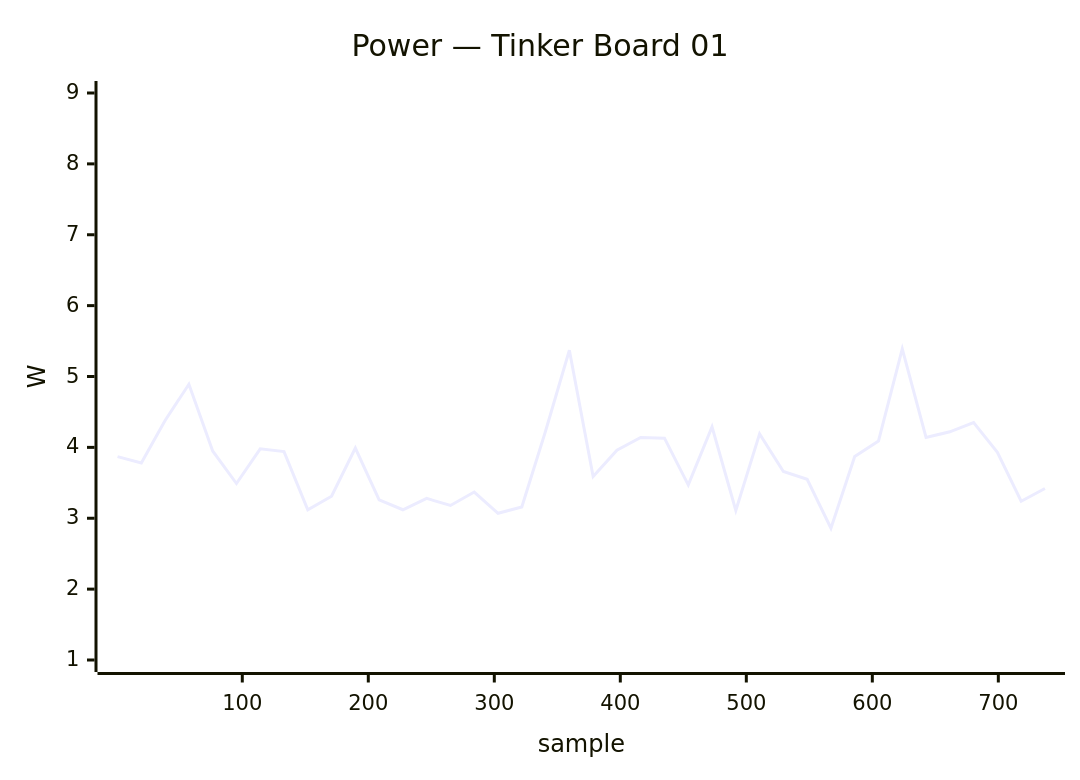
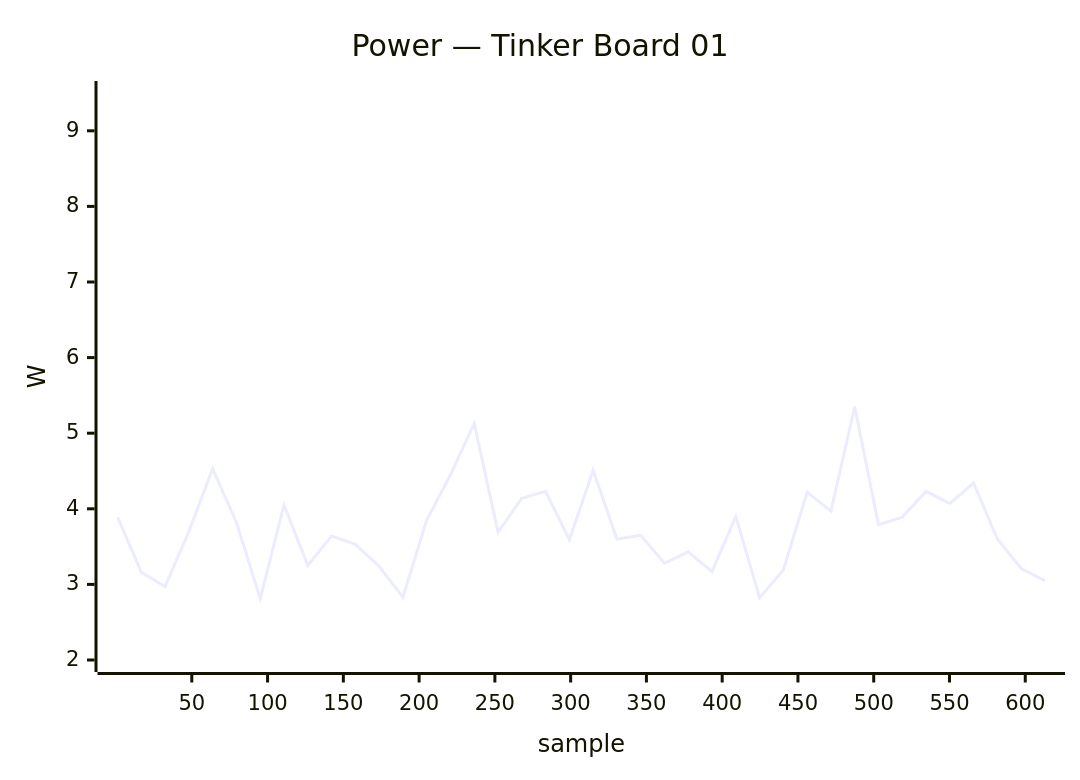
Diagram 16 of 34 in docs/status/board-tests.md (armbian/documentation), drawn with Mermaid before and after one commit. The commit also changed other lines of this file, not shown here.

````diff
--- a/docs/status/board-tests.md
+++ b/docs/status/board-tests.md
@@ -800,7 +773,7 @@
 ```mermaid
 xychart-beta
     title "Power — Tinker Board 01"
-    x-axis "sample" 1 --> 737
-    y-axis "W" 1.0 --> 9.0
-    line [3.87, 3.78, 4.38, 4.89, 3.95, 3.49, 3.98, 3.94, 3.12, 3.31, 3.99, 3.26, 3.12, 3.28, 3.18, 3.37, 3.07, 3.16, 4.23, 5.37, 3.59, 3.96, 4.14, 4.13, 3.47, 4.29, 3.11, 4.19, 3.66, 3.55, 2.86, 3.87, 4.09, 5.39, 4.14, 4.22, 4.35, 3.93, 3.24, 3.42]
+    x-axis "sample" 1 --> 613
+    y-axis "W" 2.0 --> 9.5
+    line [3.89, 3.16, 2.97, 3.70, 4.53, 3.82, 2.81, 4.05, 3.25, 3.64, 3.53, 3.24, 2.83, 3.85, 4.45, 5.13, 3.69, 4.14, 4.23, 3.59, 4.51, 3.60, 3.65, 3.28, 3.43, 3.17, 3.90, 2.82, 3.19, 4.22, 3.97, 5.35, 3.79, 3.89, 4.23, 4.07, 4.34, 3.60, 3.21, 3.05]
 ```
````
